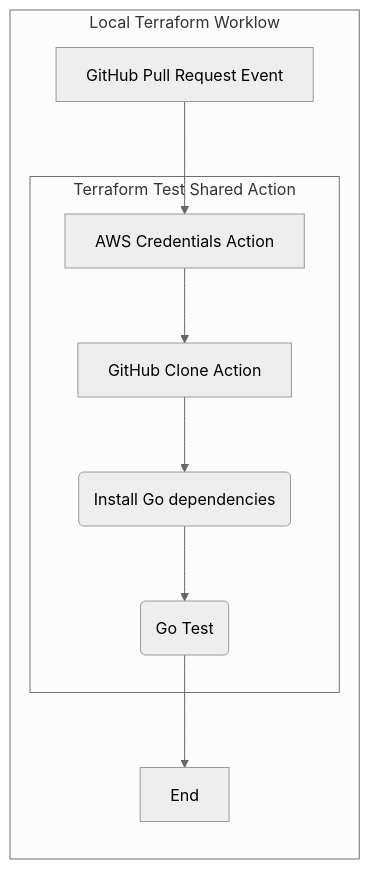
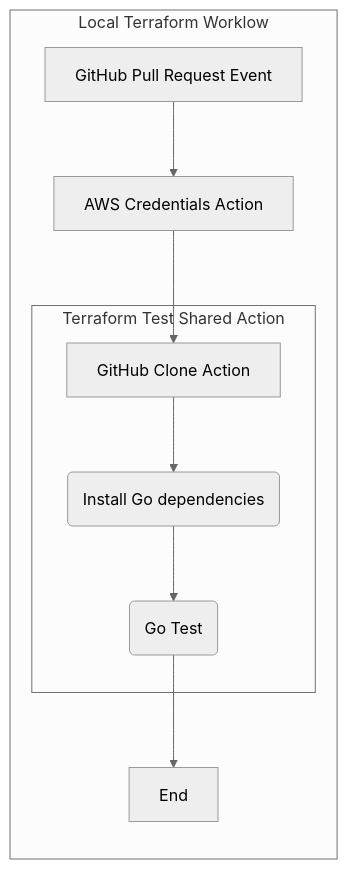
One commit to defenseunicorns/uds-common-workflows changed the diagram in documents/terraform/terraform-test.md. Above: the diagram before and after it, drawn with Mermaid (neutral theme).

Commit message:
fixing chart formatting

````diff
--- a/documents/terraform/terraform-test.md
+++ b/documents/terraform/terraform-test.md
@@ -113,14 +113,14 @@
 ```mermaid
 flowchart LR
   subgraph "Local Terraform Worklow"
     trigger[GitHub Pull Request Event] --> aws[AWS Credentials Action]
+    aws --> clone[GitHub Clone Action]
 
     subgraph "Terraform Test Shared Action"
-      aws --> clone[GitHub Clone Action]
       clone --> tidy(Install Go dependencies)
       tidy --> test(Go Test)
     end
     
     test --> endflow[End]
   end
 ```
````
